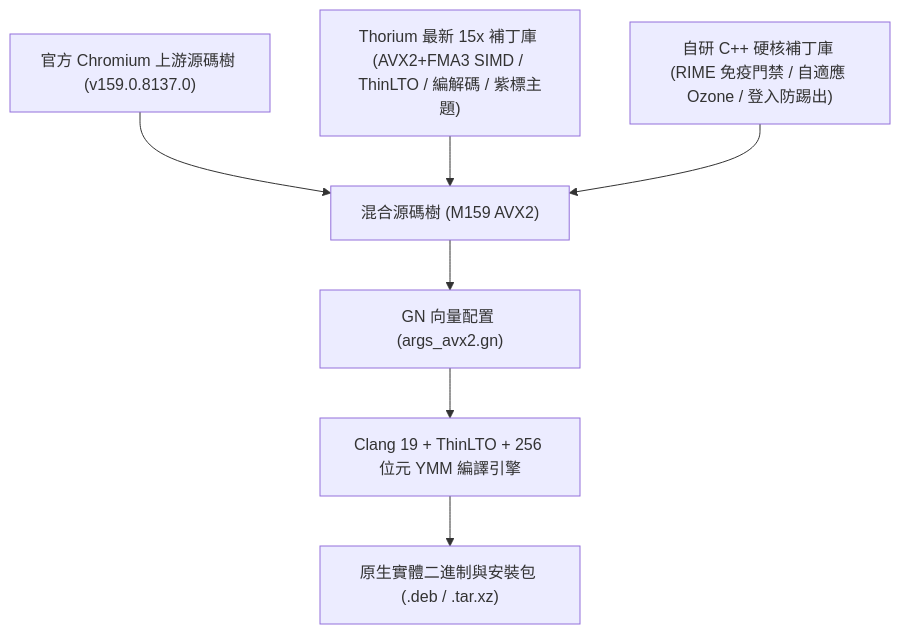
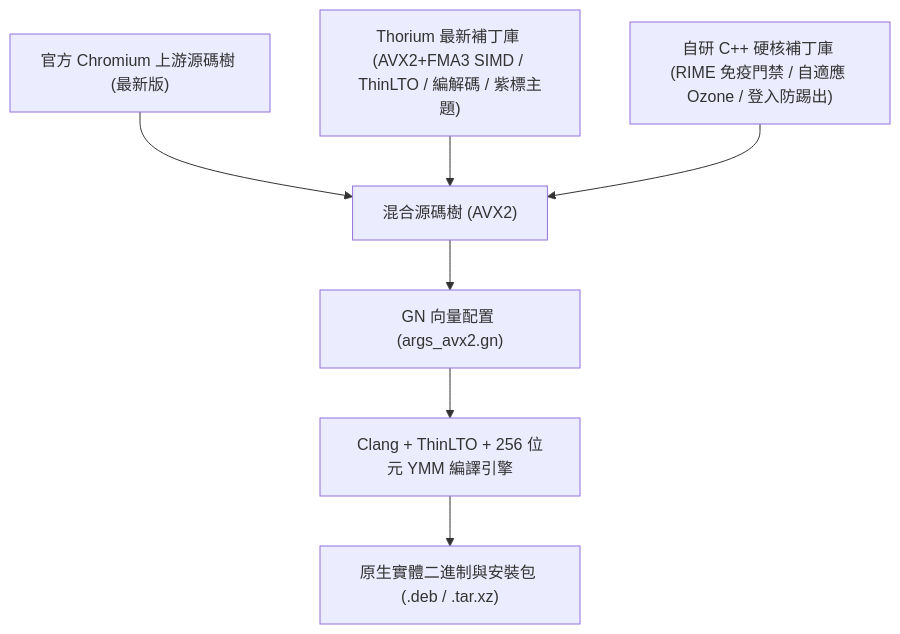
One commit to obhasashare2024-namo/thorium-avx2-rime changed the diagram in README_zh.md. Above: the diagram before and after it, drawn with Mermaid. The commit also changed other lines of this file and 2 other files, not shown here.

````diff
--- a/README_zh.md
+++ b/README_zh.md
@@ -26,9 +26,9 @@
 ```mermaid
 graph TD
-    A["官方 Chromium 上游源碼樹 (v159.0.8137.0)"] --> D["混合源碼樹 (M159 AVX2)"]
-    B["Thorium 最新 15x 補丁庫 (AVX2+FMA3 SIMD / ThinLTO / 編解碼 / 紫標主題)"] --> D
+    A["官方 Chromium 上游源碼樹 (最新版)"] --> D["混合源碼樹 (AVX2)"]
+    B["Thorium 最新補丁庫 (AVX2+FMA3 SIMD / ThinLTO / 編解碼 / 紫標主題)"] --> D
     C["自研 C++ 硬核補丁庫 (RIME 免疫門禁 / 自適應 Ozone / 登入防踢出)"] --> D
     D --> E["GN 向量配置 (args_avx2.gn)"]
-    E --> F["Clang 19 + ThinLTO + 256 位元 YMM 編譯引擎"]
+    E --> F["Clang + ThinLTO + 256 位元 YMM 編譯引擎"]
     F --> G["原生實體二進制與安裝包 (.deb / .tar.xz)"]
 ```
````
